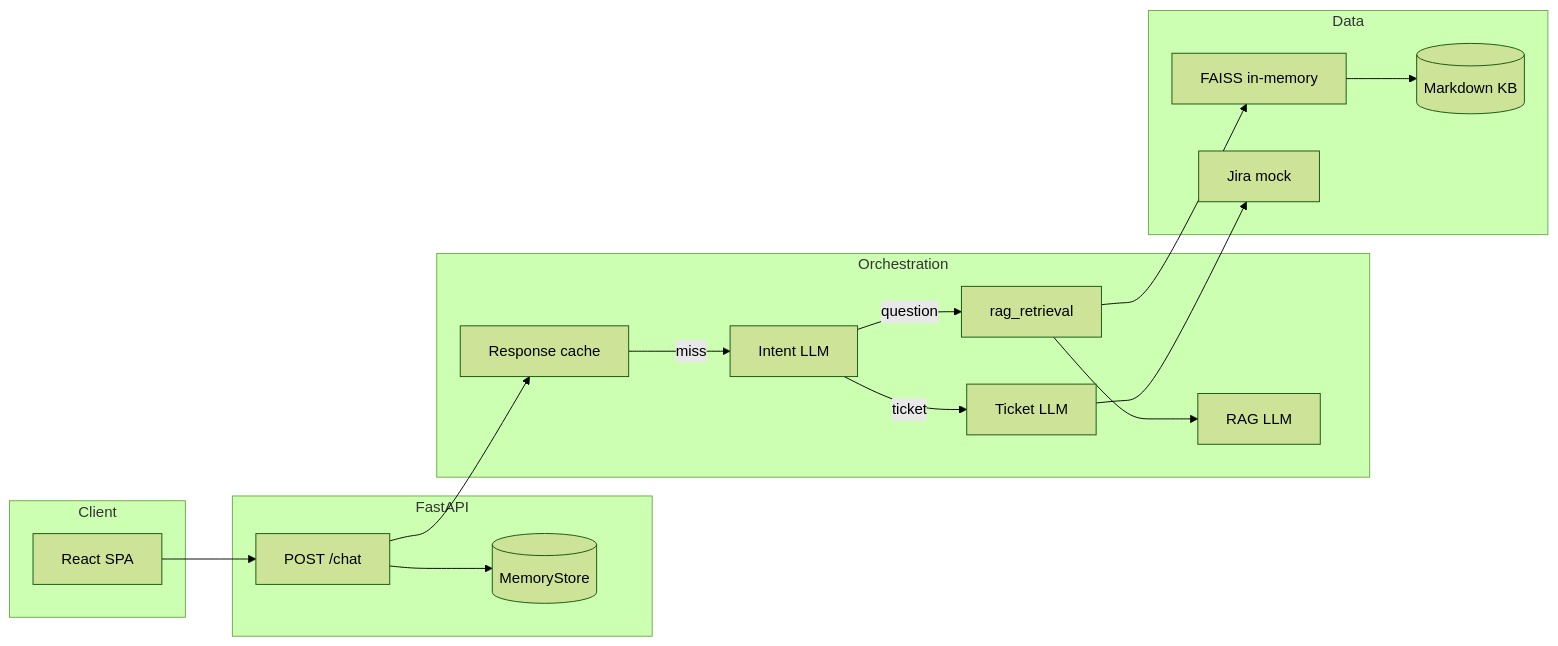
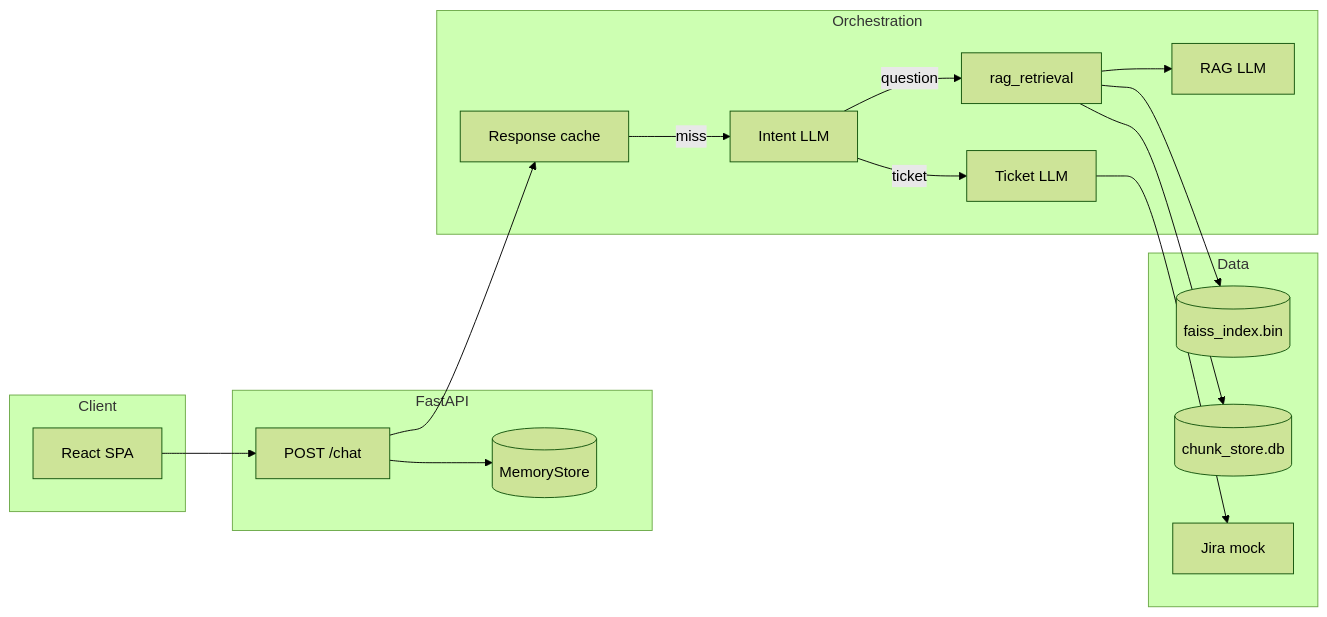
The first of 3 diagrams in README.md (Syedafzal059/customer-support-agent), drawn with Mermaid (forest theme) before and after one commit. The commit also changed other lines of this file and 9 other files, not shown here.

````diff
--- a/README.md
+++ b/README.md
@@ -34,32 +34,32 @@
 ```mermaid
 flowchart LR
   subgraph client [Client]
     UI[React SPA]
   end
   subgraph api [FastAPI]
     CHAT[POST /chat]
     MEM[(MemoryStore)]
   end
   subgraph brain [Orchestration]
     CACHE[Response cache]
     INT[Intent LLM]
     RET[rag_retrieval]
     RAG[RAG LLM]
     TIX[Ticket LLM]
   end
   subgraph data [Data]
-    KB[(Markdown KB)]
-    FAISS[FAISS in-memory]
+    IDX[(faiss_index.bin)]
+    META[(chunk_store.db)]
     MOCK[Jira mock]
   end
   UI --> CHAT
   CHAT --> MEM
   CHAT --> CACHE
   CACHE -->|miss| INT
   INT -->|question| RET
-  RET --> FAISS
-  FAISS --> KB
+  RET --> IDX
+  RET --> META
   RET --> RAG
   INT -->|ticket| TIX
   TIX --> MOCK
 ```
````
